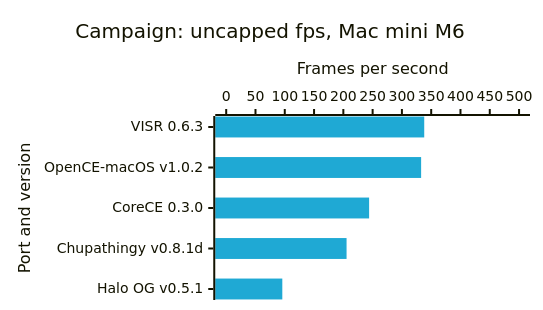
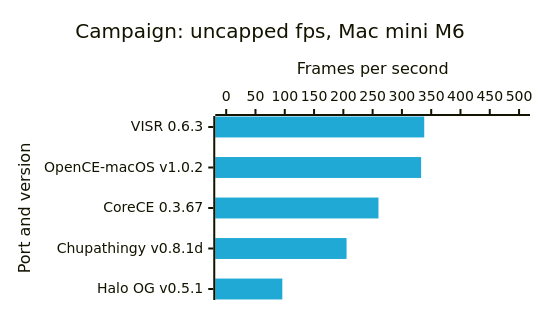
One commit to VISR-CE/visr changed the second of 8 diagrams in docs/benchmarks.md. Above: the diagram before and after it, drawn with Mermaid. The commit also changed other lines of this file and 3 other files, not shown here.

````diff
--- a/docs/benchmarks.md
+++ b/docs/benchmarks.md
@@ -49,16 +49,16 @@
 ```mermaid
 ---
 config:
   xyChart:
     width: 520
     height: 290
   themeVariables:
     xyChart:
       plotColorPalette: "#1fa9d4, #ffc24d"
 ---
 xychart-beta horizontal
     title "Campaign: uncapped fps, Mac mini M6"
-    x-axis "Port and version" ["VISR 0.6.3", "OpenCE-macOS v1.0.2", "CoreCE 0.3.0", "Chupathingy v0.8.1d", "Halo OG v0.5.1"]
+    x-axis "Port and version" ["VISR 0.6.3", "OpenCE-macOS v1.0.2", "CoreCE 0.3.67", "Chupathingy v0.8.1d", "Halo OG v0.5.1"]
     y-axis "Frames per second" 0 --> 500
-    bar [338.1, 332.8, 244, 205.5, 95.8]
+    bar [338.1, 332.8, 260, 205.5, 95.8]
 ```
````
